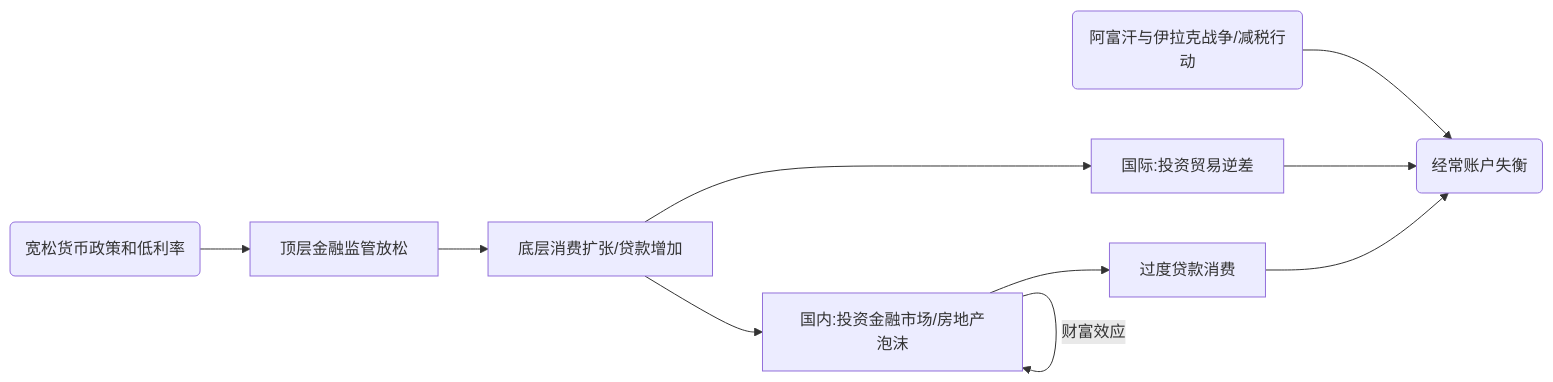
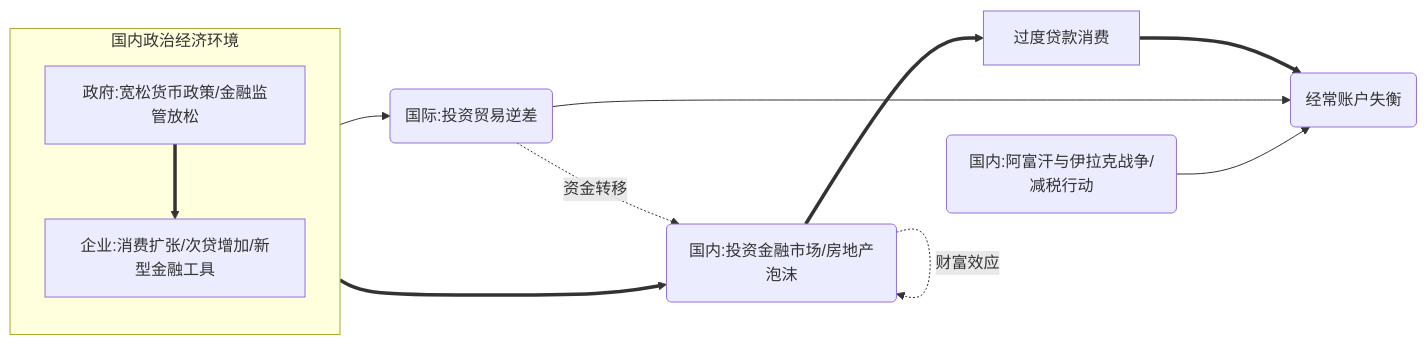
One commit to dsw676676/note_3.1 changed the third of 4 diagrams in docs/README.md. Above: the diagram before and after it, drawn with Mermaid. The commit also changed other lines of this file and 3 other files, not shown here.

````diff
--- a/docs/README.md
+++ b/docs/README.md
@@ -97,7 +97,15 @@
       ```mermaid
-      graph LR
-      A(宽松货币政策和低利率)-->B[顶层金融监管放松]-->C[底层消费扩张/贷款增加]-->D[国内:投资金融市场/房地产泡沫]-->过度贷款消费-->E(经常账户失衡)
-      D-->|财富效应|D
-      C-->国际:投资贸易逆差-->E
-      F(阿富汗与伊拉克战争/减税行动)-->E
+      flowchart LR
+
+      subgraph H[国内政治经济环境]
+         B[政府:宽松货币政策/金融监管放松]==>C[企业:消费扩张/次贷增加/新型金融工具]
+      end
+
+      H==>D(国内:投资金融市场/房地产泡沫)==>过度贷款消费==>E(经常账户失衡)
+      D-.->|财富效应|D
+
+      H-->A(国际:投资贸易逆差)-->E
+      A-.->|资金转移|D
+
+      F(国内:阿富汗与伊拉克战争/减税行动)-->E
       ```
````
